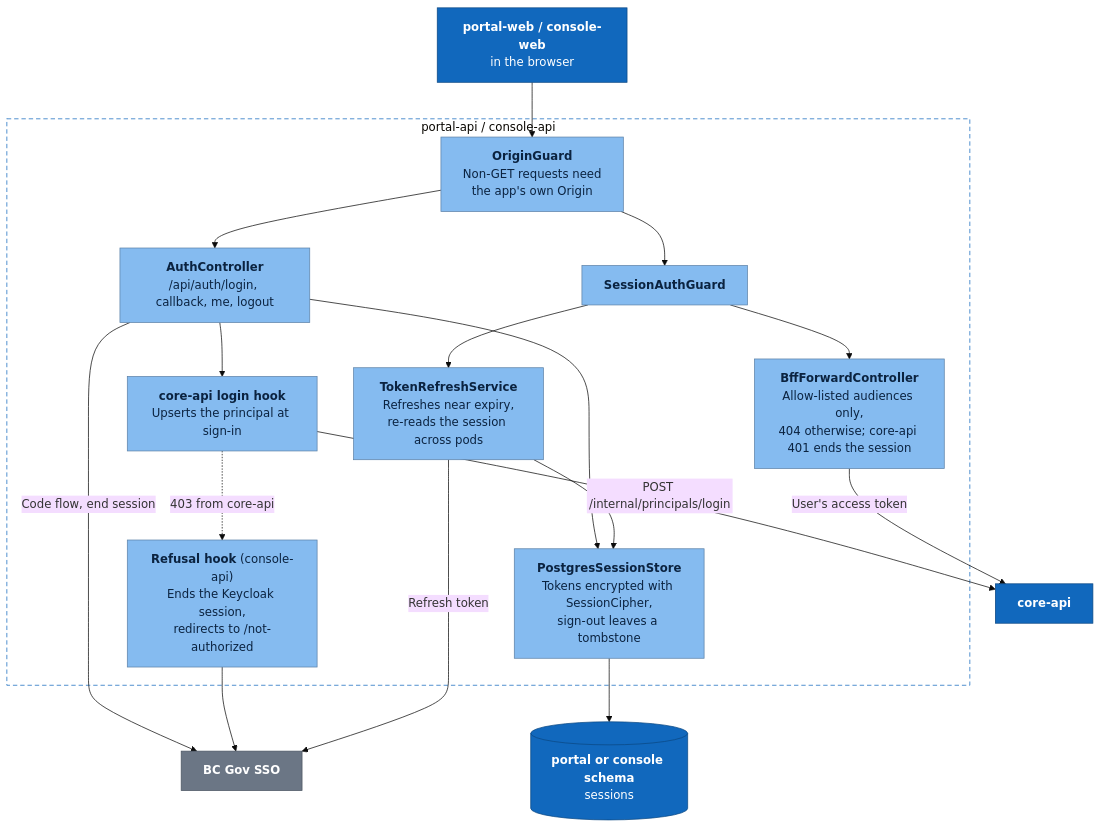
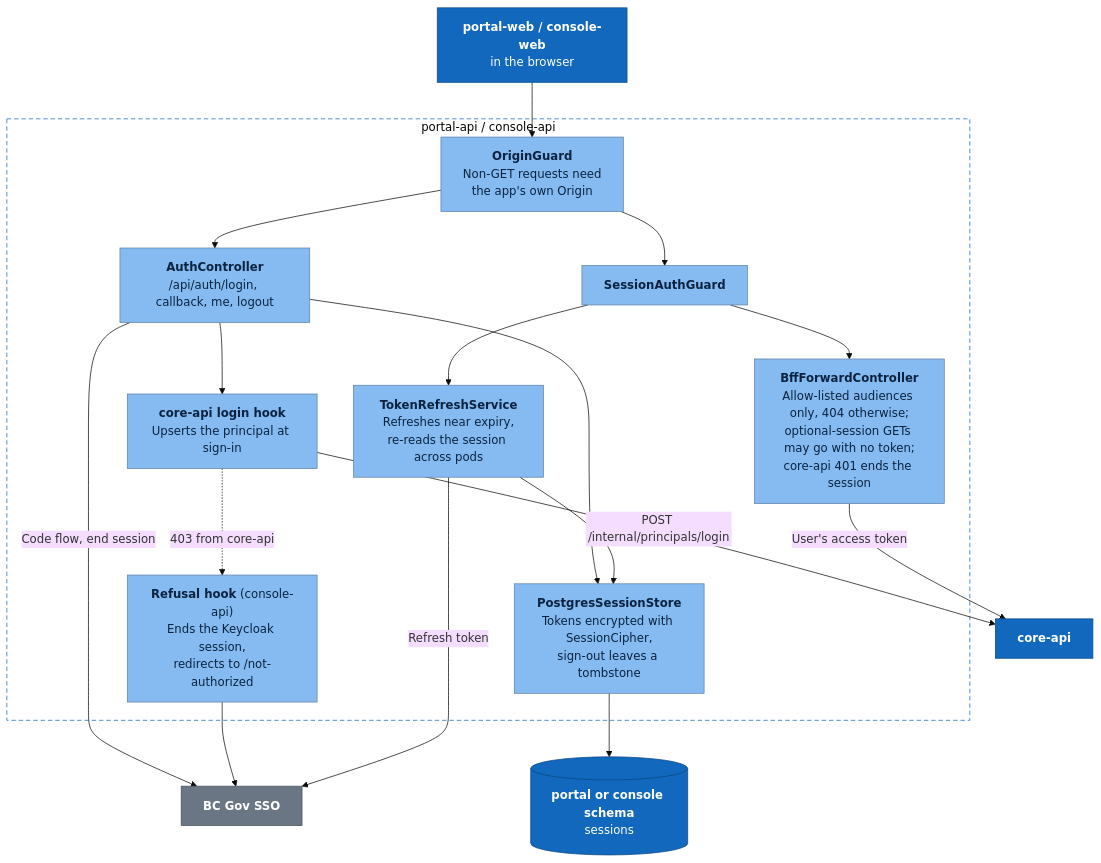
One commit to bcgov/sdg changed the fourth of 5 diagrams in docs/architecture.md. Above: the diagram before and after it, drawn with Mermaid (base theme). The commit also changed other lines of this file, not shown here.

Commit message:
docs(architecture): describe feature flags and optional-session forwarding

````diff
--- a/docs/architecture.md
+++ b/docs/architecture.md
@@ -173,40 +185,40 @@
 ```mermaid
 flowchart TB
   spa["<b>portal-web / console-web</b><br/>in the browser"]:::internal
   sso["<b>BC Gov SSO</b>"]:::ext
   core["<b>core-api</b>"]:::internal
 
   subgraph BFF["portal-api / console-api"]
     origin["<b>OriginGuard</b><br/>Non-GET requests need<br/>the app's own Origin"]:::comp
     auth["<b>AuthController</b><br/>/api/auth/login, callback, me, logout"]:::comp
     login["<b>core-api login hook</b><br/>Upserts the principal at sign-in"]:::comp
     refusal["<b>Refusal hook</b> (console-api)<br/>Ends the Keycloak session,<br/>redirects to /not-authorized"]:::comp
     sessguard["<b>SessionAuthGuard</b>"]:::comp
     refresh["<b>TokenRefreshService</b><br/>Refreshes near expiry,<br/>re-reads the session across pods"]:::comp
-    forward["<b>BffForwardController</b><br/>Allow-listed audiences only,<br/>404 otherwise; core-api 401 ends the session"]:::comp
+    forward["<b>BffForwardController</b><br/>Allow-listed audiences only, 404 otherwise;<br/>optional-session GETs may go with no token;<br/>core-api 401 ends the session"]:::comp
     store["<b>PostgresSessionStore</b><br/>Tokens encrypted with SessionCipher,<br/>sign-out leaves a tombstone"]:::comp
   end
 
   db[("<b>portal or console schema</b><br/>sessions")]:::internal
 
   spa --> origin
   origin --> auth
   origin --> sessguard
   auth -->|"Code flow, end session"| sso
   auth --> login
   login -->|"POST /internal/principals/login"| core
   login -.->|"403 from core-api"| refusal
   refusal --> sso
   sessguard --> refresh
   refresh -->|"Refresh token"| sso
   sessguard --> forward
   forward -->|"User's access token"| core
   auth --> store
   refresh --> store
   store --> db
 
   classDef internal fill:#1168bd,stroke:#0b4884,color:#ffffff
   classDef comp fill:#85bbf0,stroke:#5d82a8,color:#0b2340
   classDef ext fill:#6b7685,stroke:#4b5563,color:#ffffff
   style BFF fill:none,stroke:#1168bd,stroke-dasharray:6 4
 ```
````
